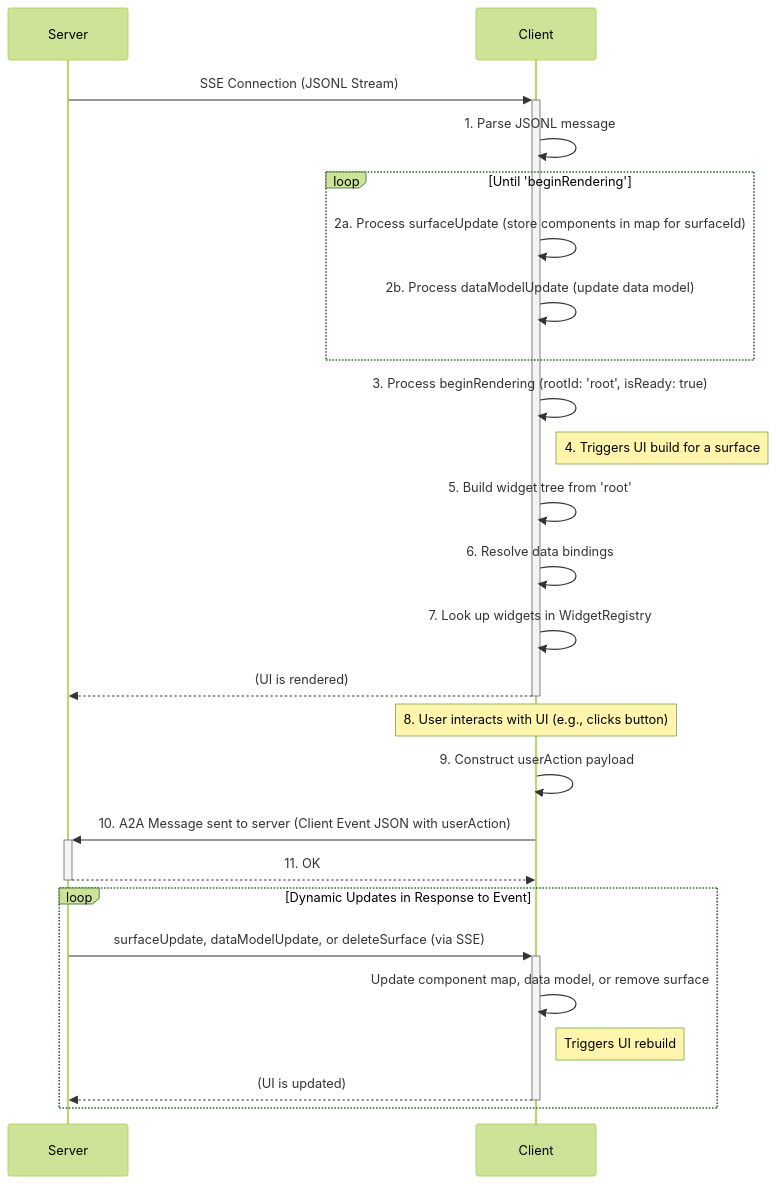
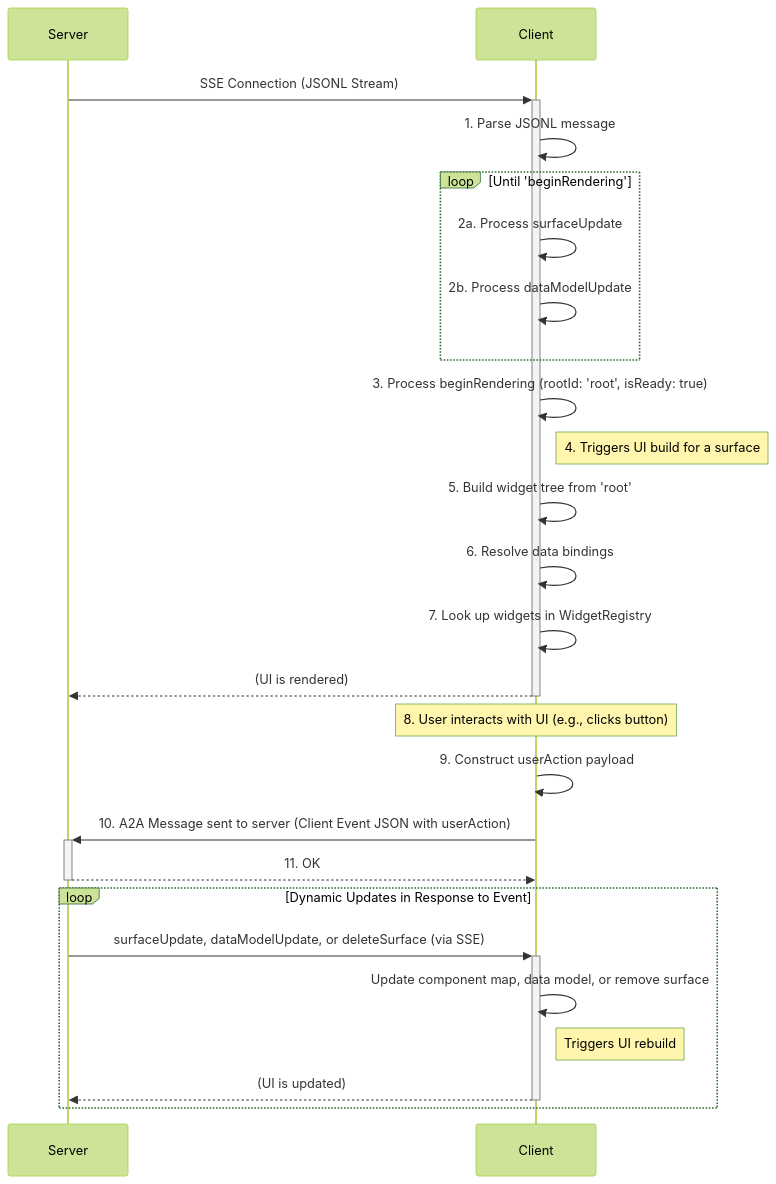
One commit to google/A2UI changed the first of 2 diagrams in docs/a2ui_protocol.md. Above: the diagram before and after it, drawn with Mermaid (forest theme). The commit also changed other lines of this file and 1 other file, not shown here.

````diff
--- a/docs/a2ui_protocol.md
+++ b/docs/a2ui_protocol.md
@@ -107,30 +106,30 @@
 ```mermaid
 sequenceDiagram
     participant Server
     participant Client
 
     Server->>+Client: SSE Connection (JSONL Stream)
     Client->>Client: 1. Parse JSONL message
     loop Until 'beginRendering'
-        Client->>Client: 2a. Process surfaceUpdate (store components in map for surfaceId)
-        Client->>Client: 2b. Process dataModelUpdate (update data model)
+        Client->>Client: 2a. Process surfaceUpdate
+        Client->>Client: 2b. Process dataModelUpdate
     end
     Client->>Client: 3. Process beginRendering (rootId: 'root', isReady: true)
     Note right of Client: 4. Triggers UI build for a surface
     Client->>Client: 5. Build widget tree from 'root'
     Client->>Client: 6. Resolve data bindings
     Client->>Client: 7. Look up widgets in WidgetRegistry
     Client-->>-Server: (UI is rendered)
 
     Note over Client: 8. User interacts with UI (e.g., clicks button)
     Client->>Client: 9. Construct userAction payload
     Client->>+Server: 10. A2A Message sent to server (Client Event JSON with userAction)
     Server-->>-Client: 11. OK
 
     loop Dynamic Updates in Response to Event
         Server->>+Client: surfaceUpdate, dataModelUpdate, or deleteSurface (via SSE)
         Client->>Client: Update component map, data model, or remove surface
         Note right of Client: Triggers UI rebuild
         Client-->>-Server: (UI is updated)
     end
 ```
````
